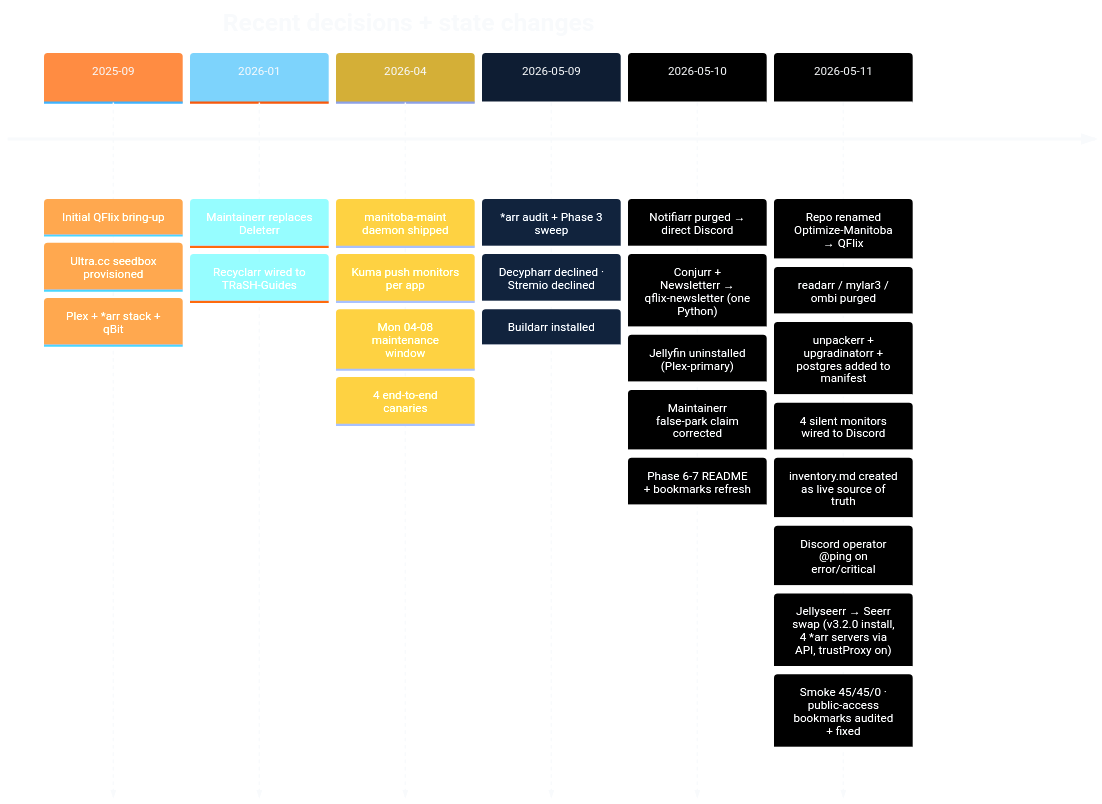
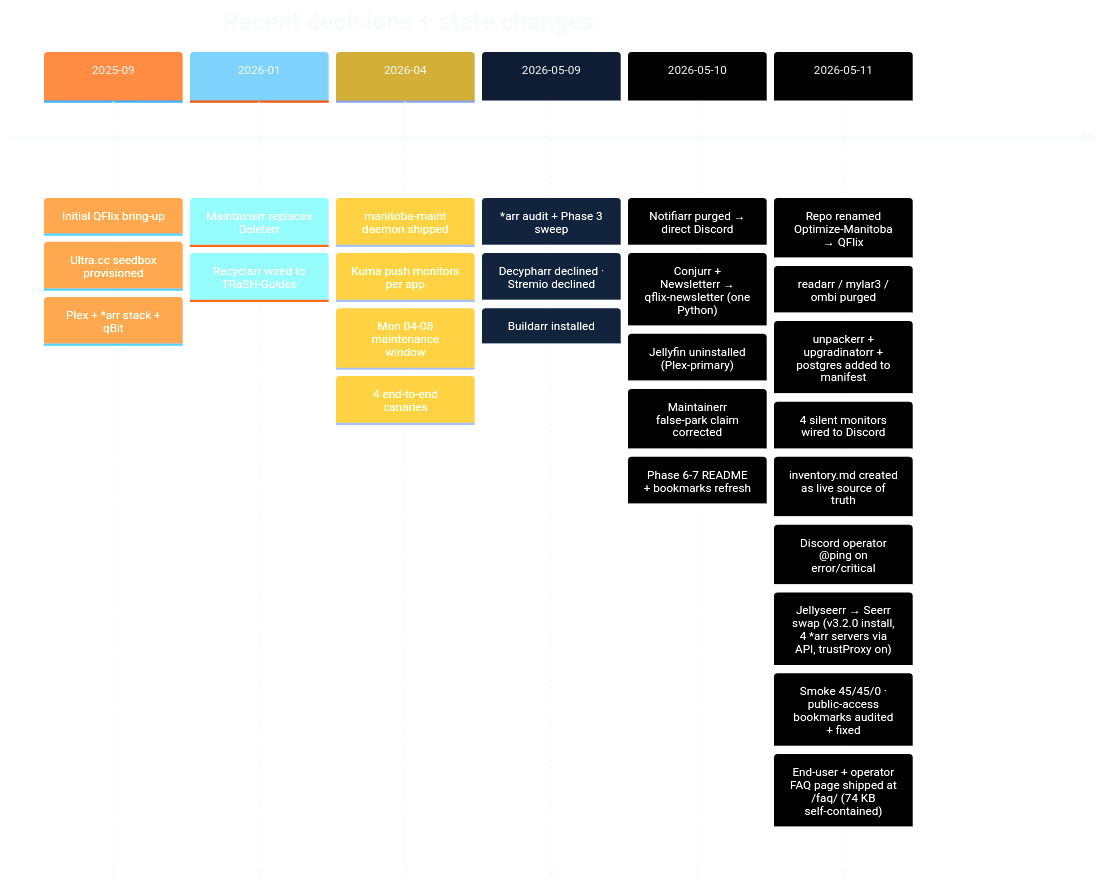
The sixth of 6 diagrams in README.md (Quadstronaut/QFlix), drawn with Mermaid before and after one commit. The commit also changed other lines of this file and 3 other files, not shown here.

First line of the commit message:
faq: ship self-contained /faq/ page · 17 sections, top-10 pitfalls, emergency playbook

````diff
--- a/README.md
+++ b/README.md
@@ -241,30 +241,31 @@
 ```mermaid
 %%{init: {'theme':'base','themeVariables':{'primaryColor':'#0e1d33','primaryTextColor':'#f8fafc','primaryBorderColor':'#ff8c42','lineColor':'#7dd3fc','secondaryColor':'#05101f','tertiaryColor':'#0a1628','cScale0':'#ff8c42','cScale1':'#7dd3fc','cScale2':'#d4af37','cScale3':'#0e1d33','fontFamily':'Segoe UI, Roboto, sans-serif'}}}%%
 timeline
   title Recent decisions + state changes
   2025-09 : Initial QFlix bring-up
           : Ultra.cc seedbox provisioned
           : Plex + *arr stack + qBit
   2026-01 : Maintainerr replaces Deleterr
           : Recyclarr wired to TRaSH-Guides
   2026-04 : manitoba-maint daemon shipped
           : Kuma push monitors per app
           : Mon 04-08 maintenance window
           : 4 end-to-end canaries
   2026-05-09 : *arr audit + Phase 3 sweep
             : Decypharr declined · Stremio declined
             : Buildarr installed
   2026-05-10 : Notifiarr purged → direct Discord
             : Conjurr + Newsletterr → qflix-newsletter (one Python)
             : Jellyfin uninstalled (Plex-primary)
             : Maintainerr false-park claim corrected
             : Phase 6-7 README + bookmarks refresh
   2026-05-11 : Repo renamed Optimize-Manitoba → QFlix
             : readarr / mylar3 / ombi purged
             : unpackerr + upgradinatorr + postgres added to manifest
             : 4 silent monitors wired to Discord
             : inventory.md created as live source of truth
             : Discord operator @ping on error/critical
             : Jellyseerr → Seerr swap (v3.2.0 install, 4 *arr servers via API, trustProxy on)
             : Smoke 45/45/0 · public-access bookmarks audited + fixed
+            : End-user + operator FAQ page shipped at /faq/ (74 KB self-contained)
 ```
````
